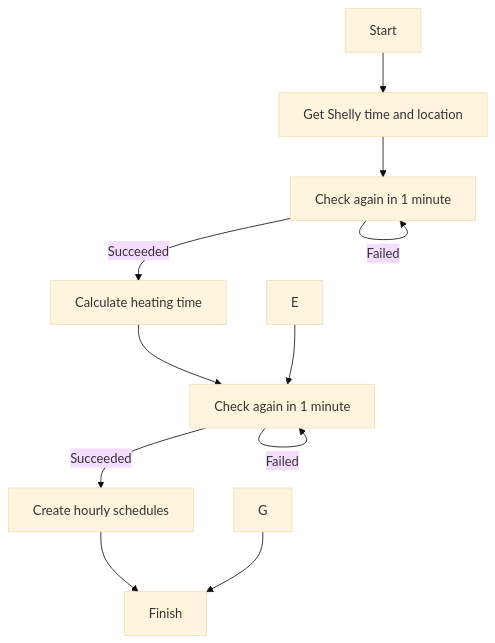
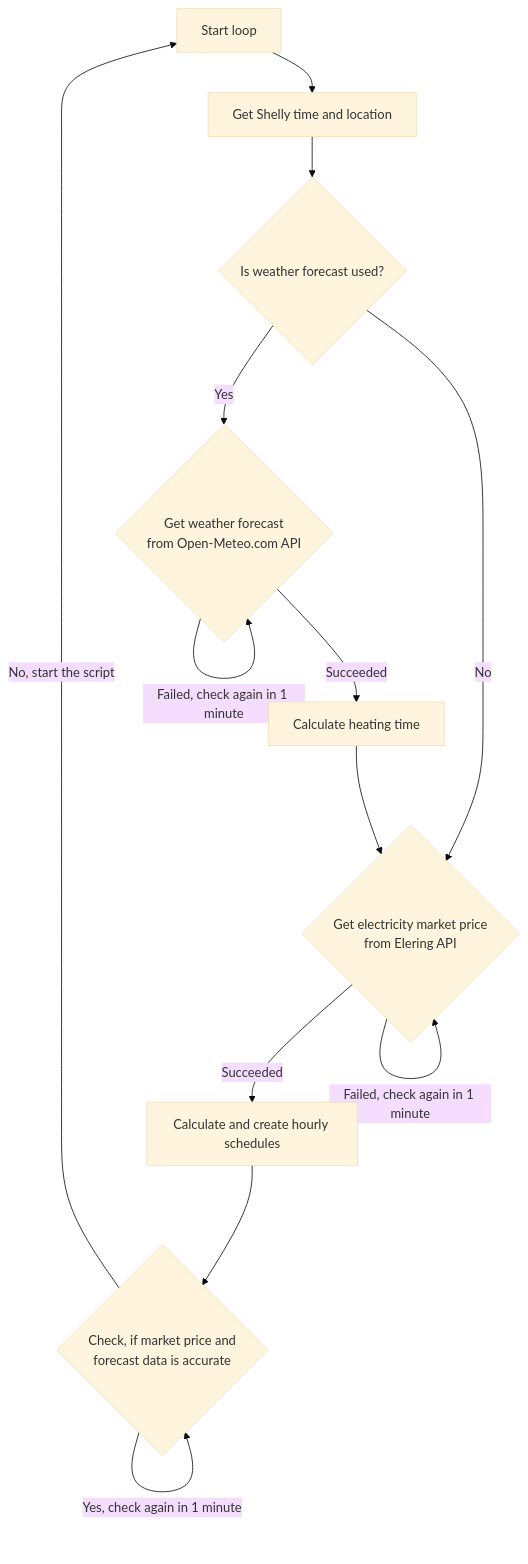
The diagram in README.md (LeivoSepp/Smart-heating-management-with-Shelly), drawn with Mermaid (base theme) before and after one commit.

Commit message:
update mermaid

````diff
--- a/README.md
+++ b/README.md
@@ -188,13 +188,15 @@
 ```mermaid
 flowchart TD
-    0[Start] --> A
-    A[Get Shelly time and location] --> B{Get weather forecast <br> from Open-Meteo.com API}
+    0[Start loop] --> A
+    A[Get Shelly time and location] --> K{Is weather forecast used?}
+    K -- Yes --> B{Get weather forecast <br> from Open-Meteo.com API}
     B -- Succeeded --> C[Calculate heating time]
+    K -- No --> D
     C --> D{Get electricity market price <br> from Elering API}
-    B -- Failed --> B[Check again in 1 minute]
-    E --> D
-    D -- Succeeded --> F[Create hourly schedules]
-    D -- Failed --> D[Check again in 1 minute]
-    F --> H[Finish]
-    G --> H
+    B -- Failed, check again in 1 minute --> B
+    D -- Succeeded --> F[Calculate and create hourly schedules]
+    D -- Failed, check again in 1 minute --> D
+    F --> L{Check, if market price and </br> forecast data is accurate}
+    L -- Yes, check again in 1 minute --> L
+    L -- No, start the script --> 0
 ```
````
